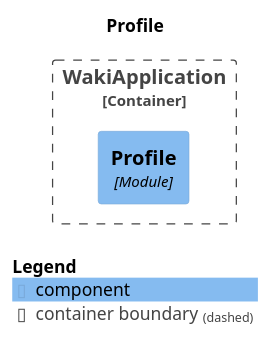
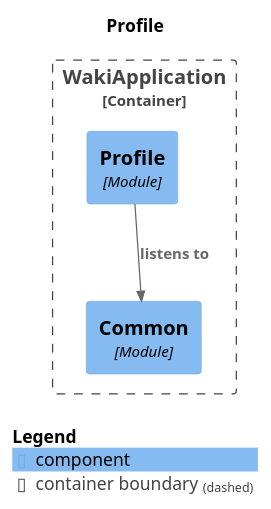
Before and after one commit to No-Country-simulation/h2-02-ft-java-react: the diagram in backend/target/spring-modulith-docs/module-profile.puml, drawn with PlantUML. The commit also changed 250 other files, not shown here.

```diff
--- a/backend/target/spring-modulith-docs/module-profile.puml
+++ b/backend/target/spring-modulith-docs/module-profile.puml
@@ -1,17 +1,19 @@
 @startuml
 set separator none
 title Profile
 
 top to bottom direction
 
 !include <C4/C4>
 !include <C4/C4_Context>
 !include <C4/C4_Component>
 
 Container_Boundary("WakiApplication.WakiApplication_boundary", "WakiApplication", $tags="") {
+  Component(WakiApplication.WakiApplication.Common, "Common", $techn="Module", $descr="", $tags="", $link="")
   Component(WakiApplication.WakiApplication.Profile, "Profile", $techn="Module", $descr="", $tags="", $link="")
 }
 
+Rel(WakiApplication.WakiApplication.Profile, WakiApplication.WakiApplication.Common, "listens to", $techn="", $tags="", $link="")
 
 SHOW_LEGEND(true)
 @enduml
```
